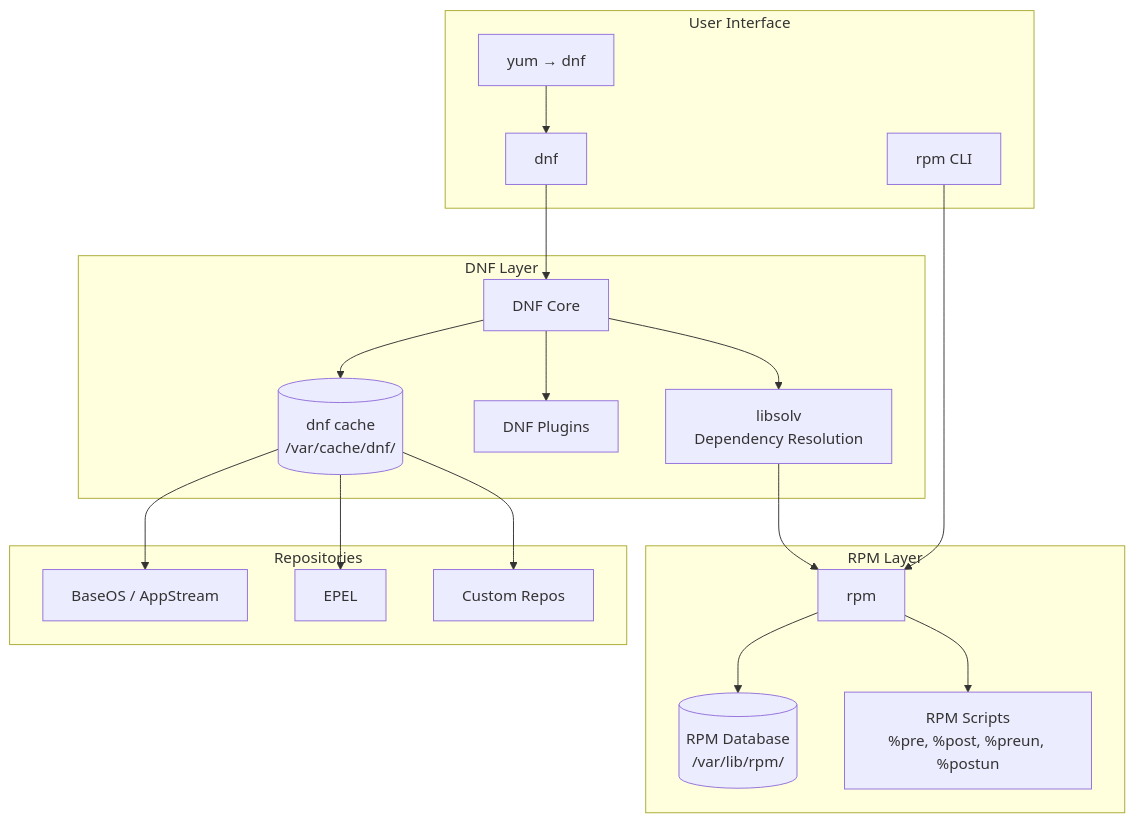
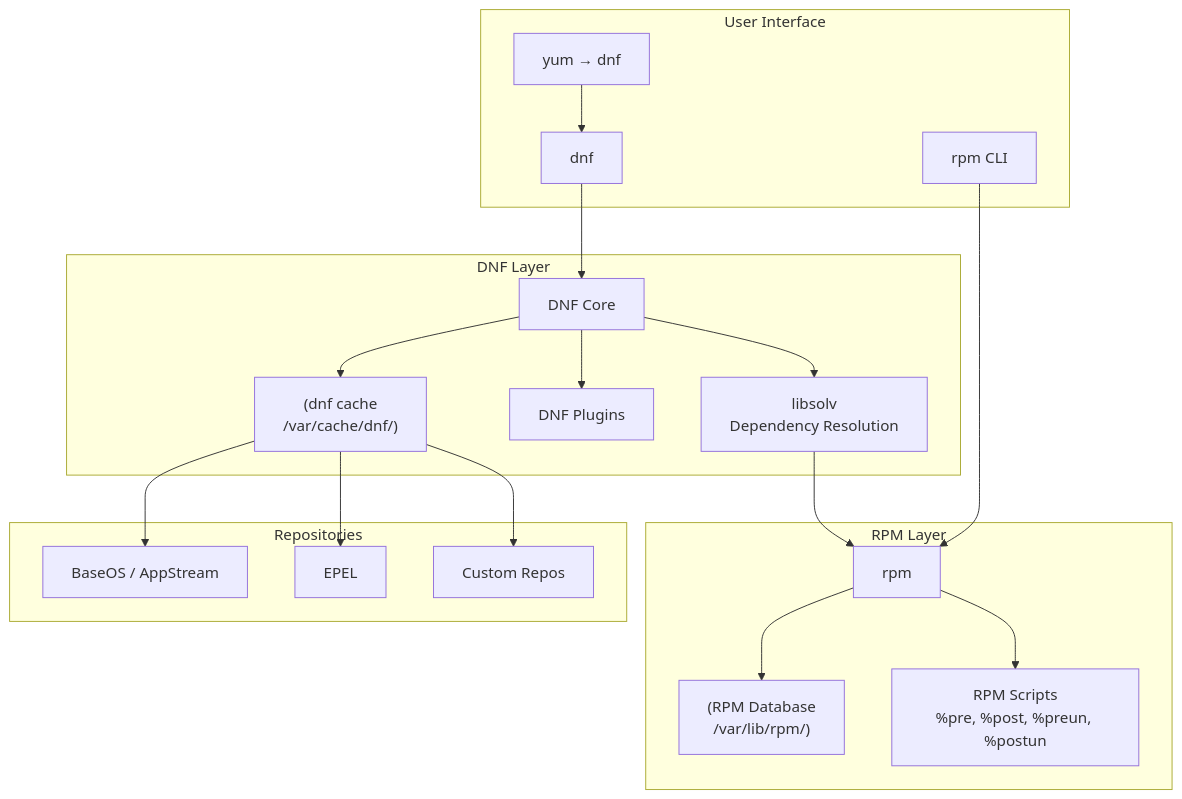
Before and after one commit to Abhinav-Kumar012/lb2: the diagram in src/admin/packages/rpm-dnf.md, drawn with Mermaid. The commit also changed 71 other files, not shown here.

First line of the commit message:
fix: quote all mermaid labels with special chars

````diff
--- a/src/admin/packages/rpm-dnf.md
+++ b/src/admin/packages/rpm-dnf.md
@@ -497,37 +497,37 @@
 ```mermaid
 graph TB
     subgraph "User Interface"
         DNF[dnf]
         YUM[yum → dnf]
         RPM_CLI[rpm CLI]
     end
     subgraph "DNF Layer"
-        LIBSOLV[libsolv<br/>Dependency Resolution]
+        LIBSOLV["libsolv<br/>Dependency Resolution"]
         DNF_CORE[DNF Core]
         PLUGINS[DNF Plugins]
-        CACHE2[(dnf cache<br/>/var/cache/dnf/)]
+        CACHE2["(dnf cache<br/>/var/cache/dnf/)"]
     end
     subgraph "RPM Layer"
         RPM[rpm]
-        RPMDB[(RPM Database<br/>/var/lib/rpm/)]
-        SCRIPTS[RPM Scripts<br/>%pre, %post, %preun, %postun]
+        RPMDB["(RPM Database<br/>/var/lib/rpm/)"]
+        SCRIPTS["RPM Scripts<br/>%pre, %post, %preun, %postun"]
     end
     subgraph "Repositories"
         BASEOS[BaseOS / AppStream]
         EPEL_REPO[EPEL]
         CUSTOM[Custom Repos]
     end
 
     DNF --> DNF_CORE
     YUM --> DNF
     RPM_CLI --> RPM
     DNF_CORE --> LIBSOLV
     DNF_CORE --> PLUGINS
     DNF_CORE --> CACHE2
     LIBSOLV --> RPM
     RPM --> RPMDB
     RPM --> SCRIPTS
     CACHE2 --> BASEOS
     CACHE2 --> EPEL_REPO
     CACHE2 --> CUSTOM
 ```
````
